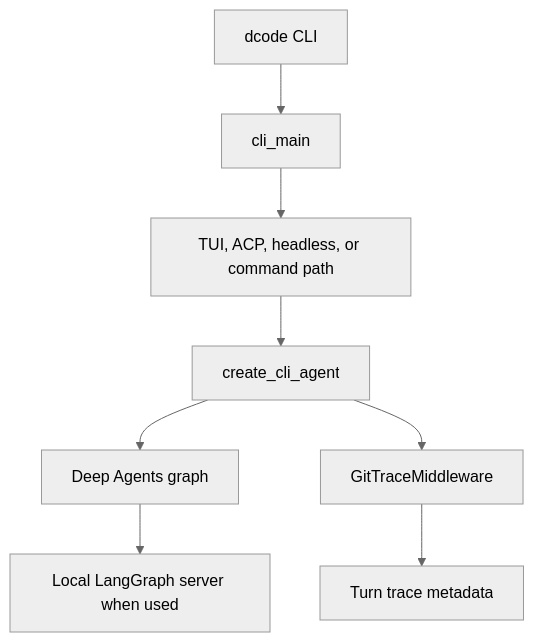
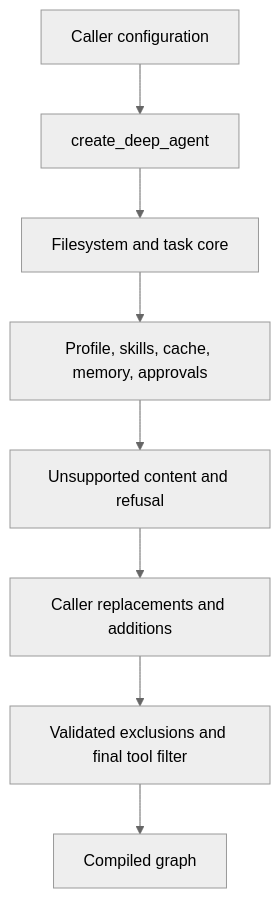
Before and after one commit to langchain-ai/deepagents: the first of 2 diagrams in openwiki/architecture/source-map.md, drawn with Mermaid (neutral theme). The commit also changed other lines of this file and 30 other files, not shown here.

````diff
--- a/openwiki/architecture/source-map.md
+++ b/openwiki/architecture/source-map.md
@@ -106,10 +118,10 @@
 ```mermaid
 flowchart TD
-  CLI["dcode CLI"] --> Main["cli_main"]
-  Main --> Surface["TUI, ACP, headless, or command path"]
-  Surface --> Build["create_cli_agent"]
-  Build --> Graph["Deep Agents graph"]
-  Build --> Trace["GitTraceMiddleware"]
-  Trace --> Metadata["Turn trace metadata"]
-  Graph --> Server["Local LangGraph server when used"]
+  Input["Caller configuration"] --> Build["create_deep_agent"]
+  Build --> Core["Filesystem and task core"]
+  Core --> Tail["Profile, skills, cache, memory, approvals"]
+  Tail --> Guard["Unsupported content and refusal"]
+  Guard --> Custom["Caller replacements and additions"]
+  Custom --> Exclude["Validated exclusions and final tool filter"]
+  Exclude --> Graph["Compiled graph"]
 ```
````
